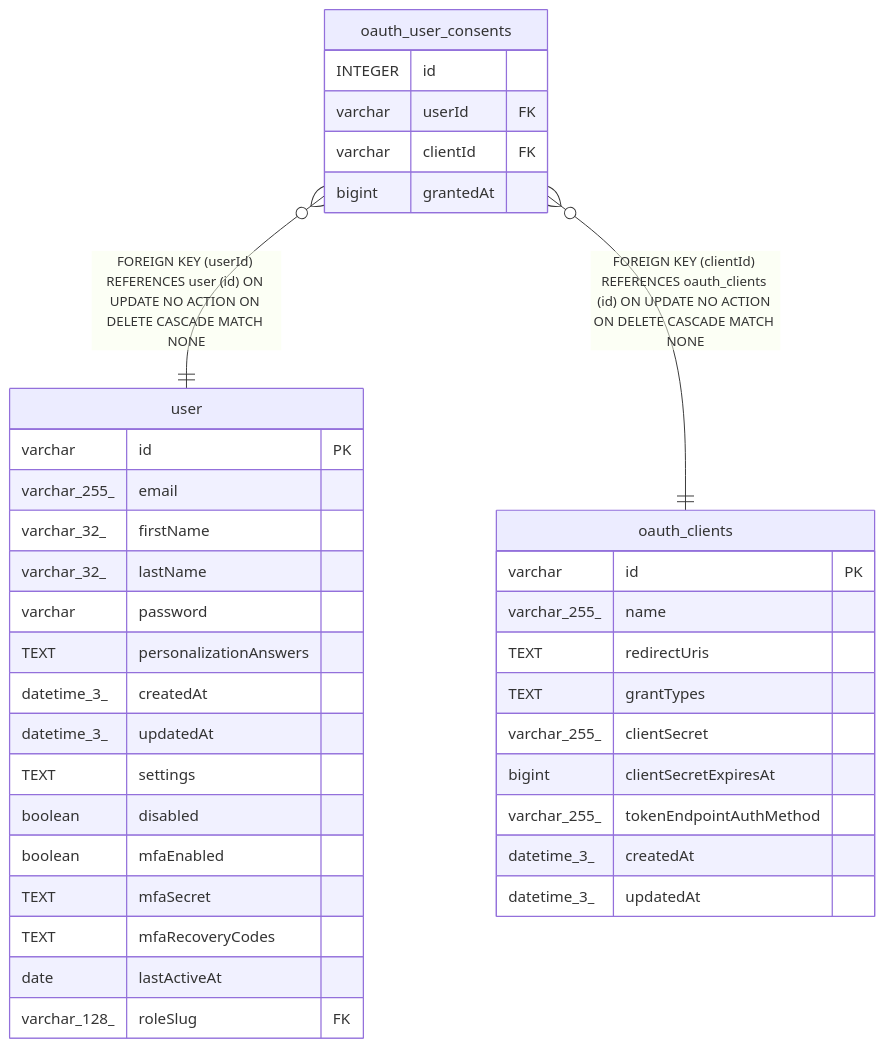
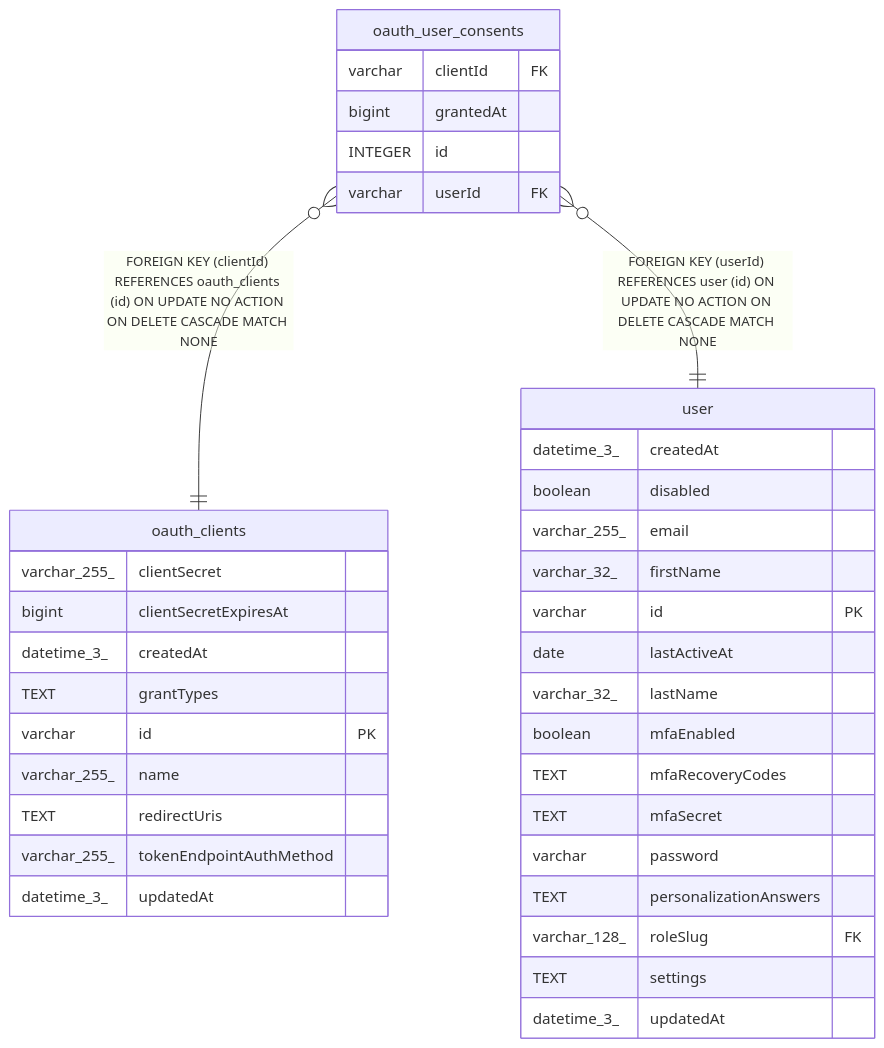
The diagram in docs/generated/sqlite-schema/oauth_user_consents.md (mayankjain1815-commits/n8n), drawn with Mermaid before and after one commit. The commit also changed other lines of this file and 221 other files, not shown here.

Commit message:
chore(core): Make DB schema docs generation deterministic (#32373)

````diff
--- a/docs/generated/sqlite-schema/oauth_user_consents.md
+++ b/docs/generated/sqlite-schema/oauth_user_consents.md
@@ -40,41 +40,41 @@
 ```mermaid
 erDiagram
 
+"oauth_user_consents" }o--|| "oauth_clients" : "FOREIGN KEY (clientId) REFERENCES oauth_clients (id) ON UPDATE NO ACTION ON DELETE CASCADE MATCH NONE"
 "oauth_user_consents" }o--|| "user" : "FOREIGN KEY (userId) REFERENCES user (id) ON UPDATE NO ACTION ON DELETE CASCADE MATCH NONE"
-"oauth_user_consents" }o--|| "oauth_clients" : "FOREIGN KEY (clientId) REFERENCES oauth_clients (id) ON UPDATE NO ACTION ON DELETE CASCADE MATCH NONE"
 
 "oauth_user_consents" {
+  varchar clientId FK
+  bigint grantedAt
   INTEGER id
   varchar userId FK
-  varchar clientId FK
-  bigint grantedAt
-}
-"user" {
-  varchar id PK
-  varchar_255_ email
-  varchar_32_ firstName
-  varchar_32_ lastName
-  varchar password
-  TEXT personalizationAnswers
-  datetime_3_ createdAt
-  datetime_3_ updatedAt
-  TEXT settings
-  boolean disabled
-  boolean mfaEnabled
-  TEXT mfaSecret
-  TEXT mfaRecoveryCodes
-  date lastActiveAt
-  varchar_128_ roleSlug FK
 }
 "oauth_clients" {
+  varchar_255_ clientSecret
+  bigint clientSecretExpiresAt
+  datetime_3_ createdAt
+  TEXT grantTypes
   varchar id PK
   varchar_255_ name
   TEXT redirectUris
-  TEXT grantTypes
-  varchar_255_ clientSecret
-  bigint clientSecretExpiresAt
   varchar_255_ tokenEndpointAuthMethod
+  datetime_3_ updatedAt
+}
+"user" {
   datetime_3_ createdAt
+  boolean disabled
+  varchar_255_ email
+  varchar_32_ firstName
+  varchar id PK
+  date lastActiveAt
+  varchar_32_ lastName
+  boolean mfaEnabled
+  TEXT mfaRecoveryCodes
+  TEXT mfaSecret
+  varchar password
+  TEXT personalizationAnswers
+  varchar_128_ roleSlug FK
+  TEXT settings
   datetime_3_ updatedAt
 }
 ```
````
